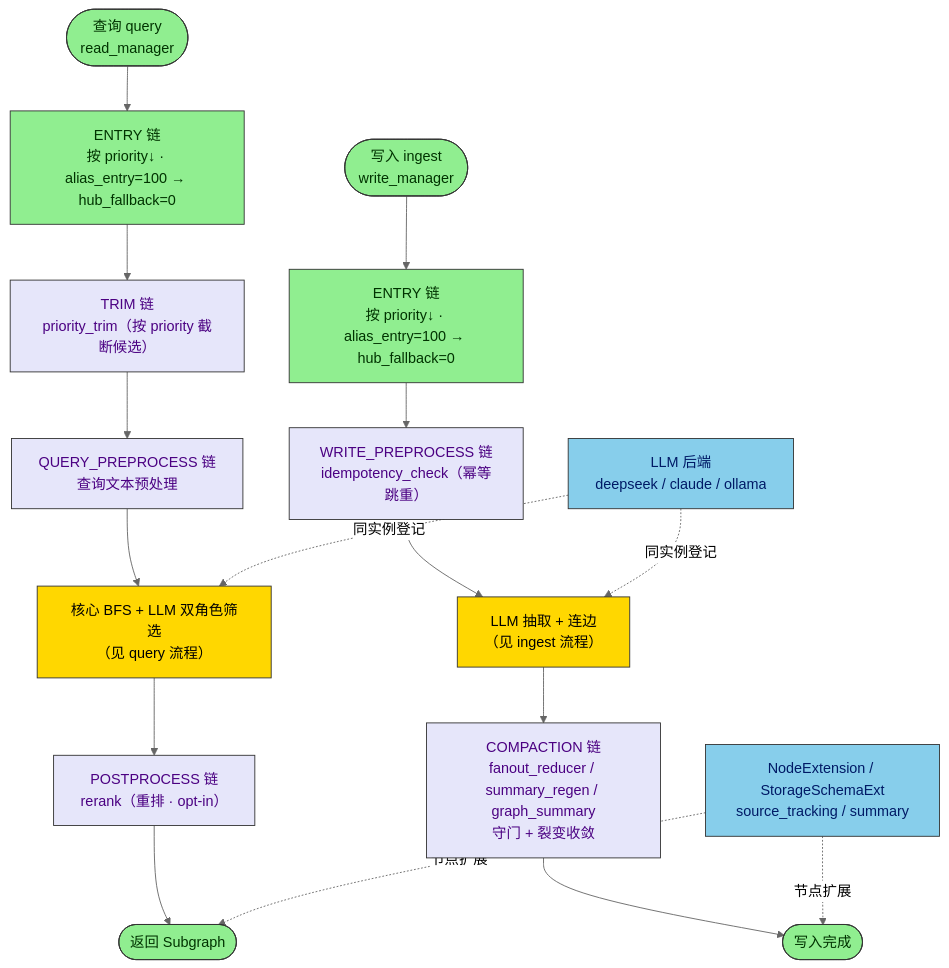
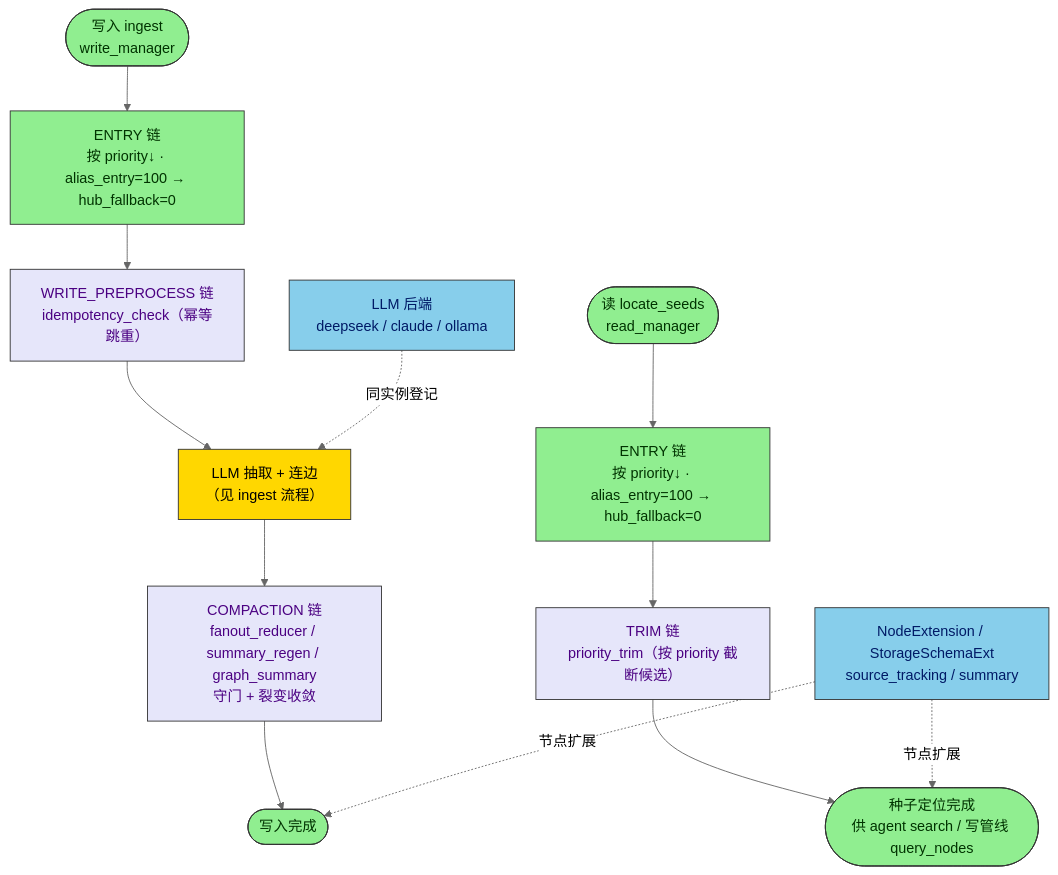
Before and after one commit to Dhyana-c/MCS: the diagram in docs/diagrams/plugin-chain.mmd, drawn with Mermaid (neutral theme). The commit also changed 25 other files, not shown here.

```diff
--- a/docs/diagrams/plugin-chain.mmd
+++ b/docs/diagrams/plugin-chain.mmd
@@ -1,31 +1,27 @@
 flowchart TB
 
     WSTART(["写入 ingest<br/>write_manager"]) --> W1
     W1["ENTRY 链<br/>按 priority↓ · alias_entry=100 → hub_fallback=0"] --> W2
     W2["WRITE_PREPROCESS 链<br/>idempotency_check（幂等跳重）"] --> W3
     W3["LLM 抽取 + 连边<br/>（见 ingest 流程）"] --> W4
     W4["COMPACTION 链<br/>fanout_reducer / summary_regen / graph_summary<br/>守门 + 裂变收敛"] --> WEND([写入完成])
 
-    RSTART(["查询 query<br/>read_manager"]) --> R1
+    RSTART(["读 locate_seeds<br/>read_manager"]) --> R1
     R1["ENTRY 链<br/>按 priority↓ · alias_entry=100 → hub_fallback=0"] --> R2
-    R2["TRIM 链<br/>priority_trim（按 priority 截断候选）"] --> R3
-    R3["QUERY_PREPROCESS 链<br/>查询文本预处理"] --> R4
-    R4["核心 BFS + LLM 双角色筛选<br/>（见 query 流程）"] --> R5
-    R5["POSTPROCESS 链<br/>rerank（重排 · opt-in）"] --> REND([返回 Subgraph])
+    R2["TRIM 链<br/>priority_trim（按 priority 截断候选）"] --> REND([种子定位完成<br/>供 agent search / 写管线 query_nodes])
 
     SH1["LLM 后端<br/>deepseek / claude / ollama"] -. 同实例登记 .-> W3
-    SH1 -. 同实例登记 .-> R4
     SH2["NodeExtension / StorageSchemaExt<br/>source_tracking / summary"] -. 节点扩展 .-> WEND
     SH2 -. 节点扩展 .-> REND
 
     classDef entry fill:#90EE90,stroke:#333,color:#003300
     classDef proc fill:#E6E6FA,stroke:#333,color:#4b0082
     classDef llm fill:#FFD700,stroke:#333,color:#000
     classDef gate fill:#90EE90,stroke:#333,color:#003300
     classDef shared fill:#87CEEB,stroke:#333,color:#001a66
     classDef se fill:#90EE90,stroke:#333,color:#003300
     class W1,R1 entry
-    class W2,W4,R2,R3,R5 proc
-    class W3,R4 llm
+    class W2,W4,R2 proc
+    class W3 llm
     class WSTART,RSTART,WEND,REND se
     class SH1,SH2 shared
```
